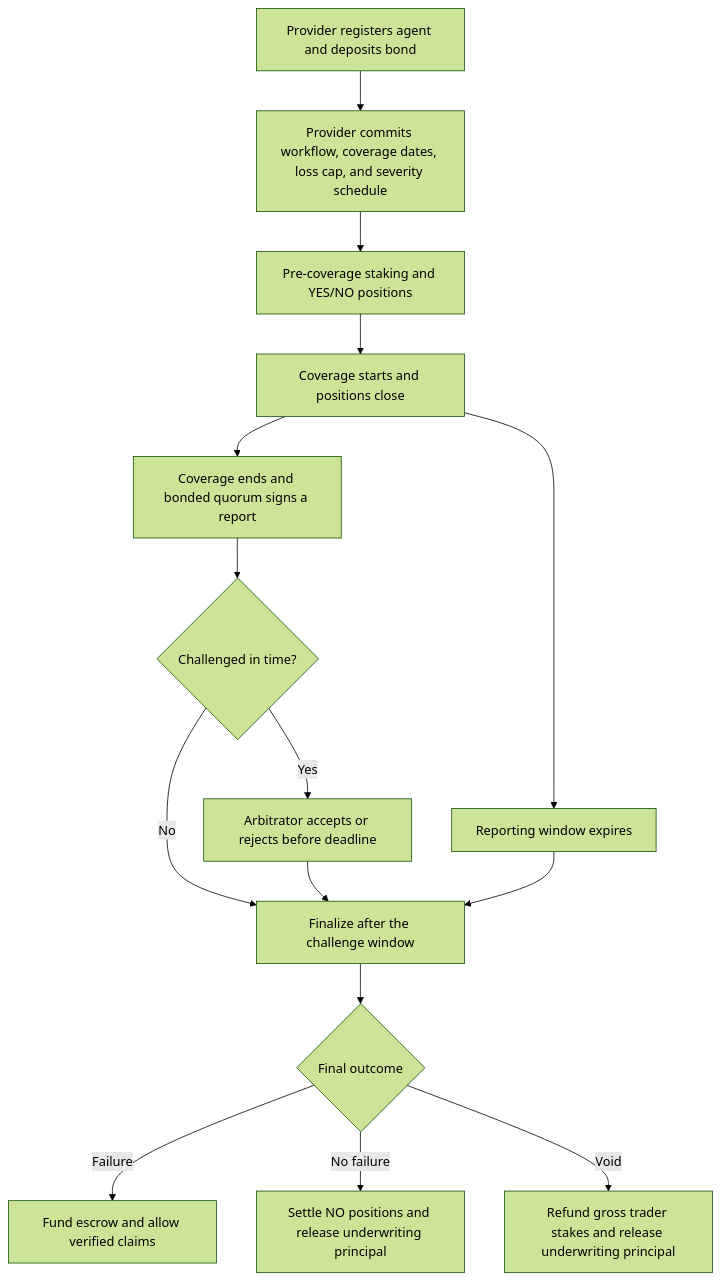
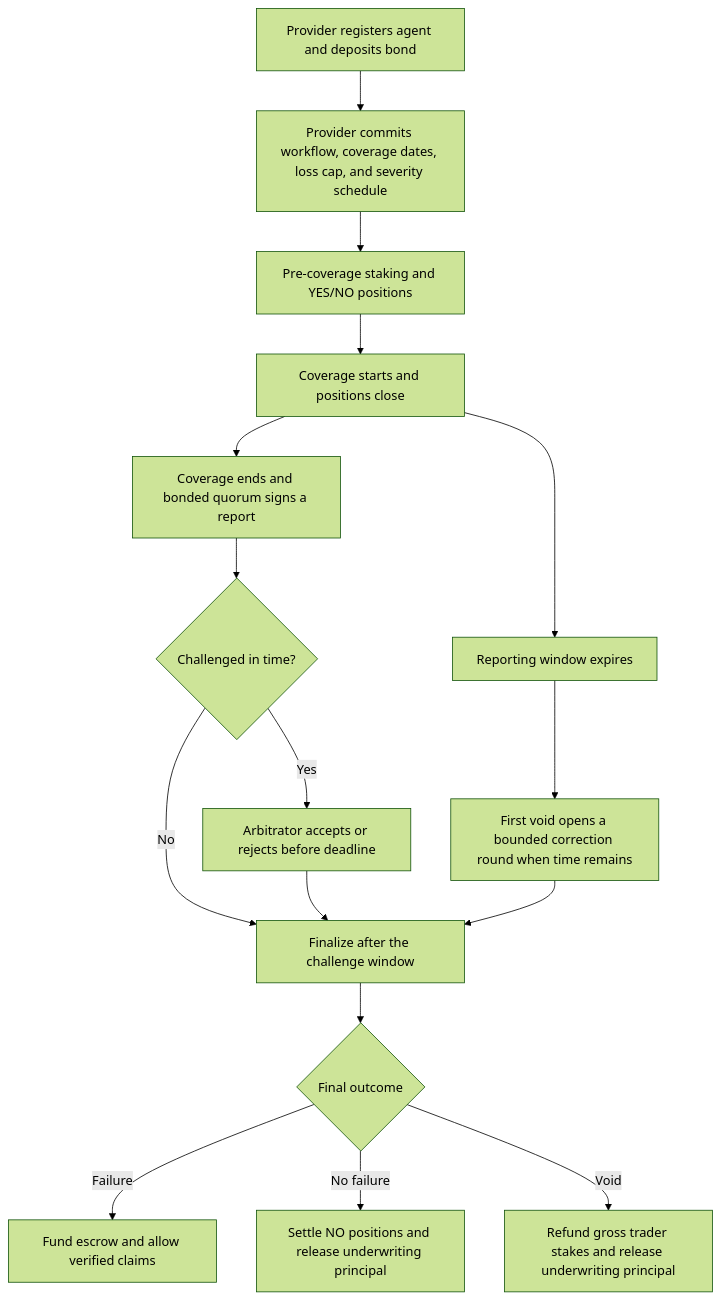
One commit to Kaushal-205/acntbl changed the diagram in README.md. Above: the diagram before and after it, drawn with Mermaid (forest theme). The commit also changed other lines of this file and 11 other files, not shown here.

````diff
--- a/README.md
+++ b/README.md
@@ -29,17 +33,18 @@
 ```mermaid
 flowchart TD
     R["Provider registers agent and deposits bond"] --> A["Provider commits workflow, coverage dates, loss cap, and severity schedule"]
     A --> B["Pre-coverage staking and YES/NO positions"]
     B --> C["Coverage starts and positions close"]
     C --> D["Coverage ends and bonded quorum signs a report"]
     C --> G["Reporting window expires"]
     D --> E{"Challenged in time?"}
     E -->|No| H["Finalize after the challenge window"]
     E -->|Yes| F["Arbitrator accepts or rejects before deadline"]
     F --> H
-    G --> H
+    G --> M["First void opens a bounded correction round when time remains"]
+    M --> H
     H --> I{"Final outcome"}
     I -->|Failure| J["Fund escrow and allow verified claims"]
     I -->|No failure| K["Settle NO positions and release underwriting principal"]
     I -->|Void| L["Refund gross trader stakes and release underwriting principal"]
 ```
````
